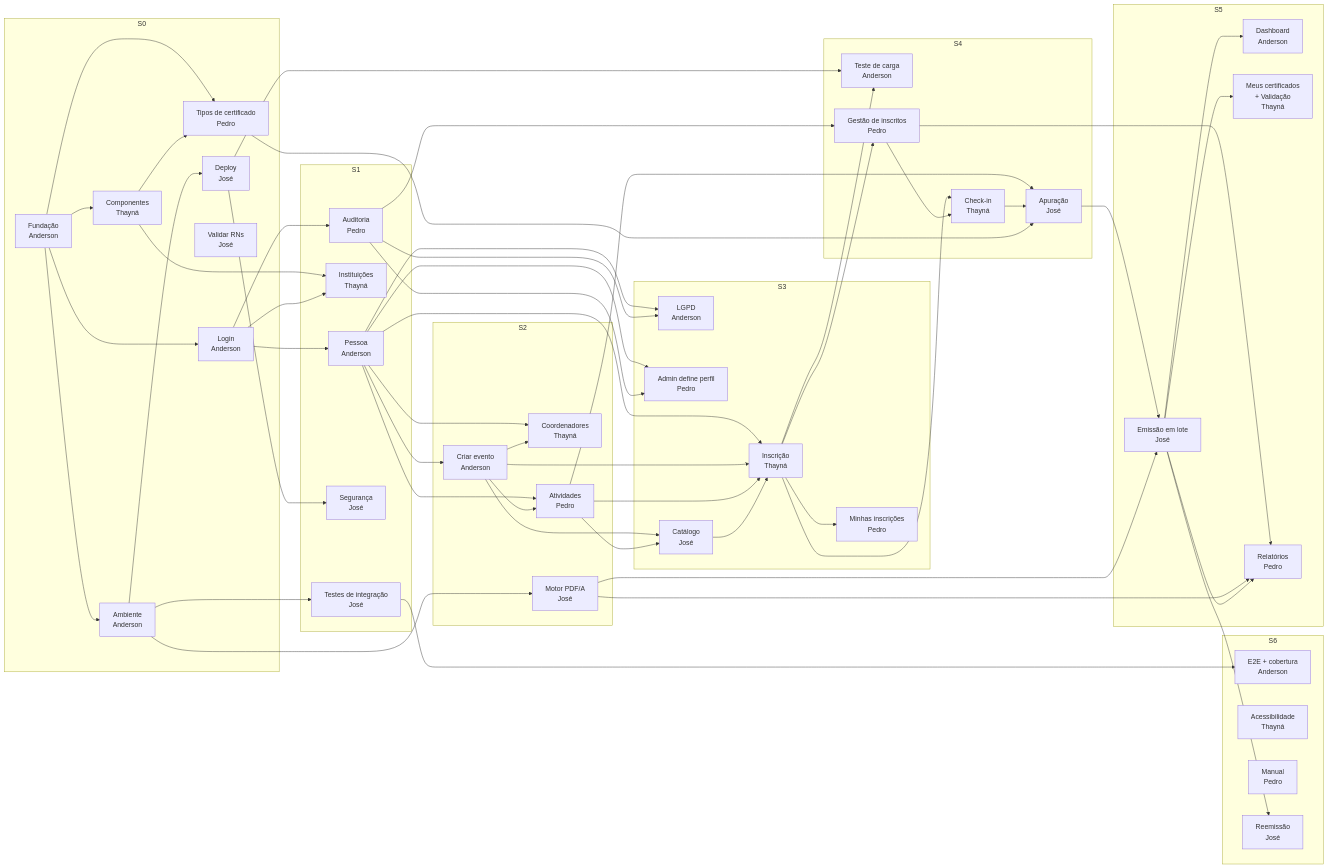
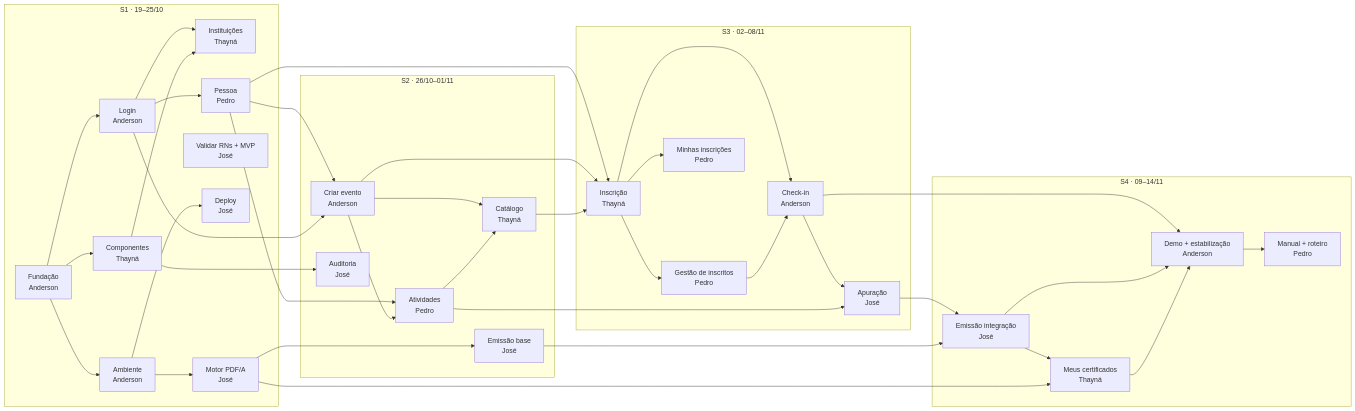
The diagram in docs/08-dependencias.md (AndersonGabrielBD/Gestor_de_eventos), drawn with Mermaid before and after one commit. The commit also changed other lines of this file and 11 other files, not shown here.

````diff
--- a/docs/08-dependencias.md
+++ b/docs/08-dependencias.md
@@ -27,69 +28,58 @@
 ```mermaid
 flowchart LR
-    subgraph S0
+    subgraph S1["S1 · 19–25/10"]
         F[Fundação<br/>Anderson]
         AMB[Ambiente<br/>Anderson]
         LOG[Login<br/>Anderson]
         COMP[Componentes<br/>Thayná]
-        TIP[Tipos de certificado<br/>Pedro]
-        VAL[Validar RNs<br/>José]
+        INST[Instituições<br/>Thayná]
+        PES[Pessoa<br/>Pedro]
+        VAL[Validar RNs + MVP<br/>José]
         DEP[Deploy<br/>José]
-    end
-    subgraph S1
-        PES[Pessoa<br/>Anderson]
-        INST[Instituições<br/>Thayná]
-        AUD[Auditoria<br/>Pedro]
-        SEG[Segurança<br/>José]
-        TINT[Testes de integração<br/>José]
-    end
-    subgraph S2
-        EVT[Criar evento<br/>Anderson]
-        COO[Coordenadores<br/>Thayná]
-        ATV[Atividades<br/>Pedro]
         MOT[Motor PDF/A<br/>José]
     end
-    subgraph S3
-        LGPD[LGPD<br/>Anderson]
+    subgraph S2["S2 · 26/10–01/11"]
+        EVT[Criar evento<br/>Anderson]
+        CAT[Catálogo<br/>Thayná]
+        ATV[Atividades<br/>Pedro]
+        AUD[Auditoria<br/>José]
+        EMI[Emissão base<br/>José]
+    end
+    subgraph S3["S3 · 02–08/11"]
+        CHK[Check-in<br/>Anderson]
         INS[Inscrição<br/>Thayná]
+        GES[Gestão de inscritos<br/>Pedro]
         MIN[Minhas inscrições<br/>Pedro]
-        PERF[Admin define perfil<br/>Pedro]
-        CAT[Catálogo<br/>José]
-    end
-    subgraph S4
-        CARGA[Teste de carga<br/>Anderson]
-        CHK[Check-in<br/>Thayná]
-        GES[Gestão de inscritos<br/>Pedro]
         APU[Apuração<br/>José]
     end
-    subgraph S5
-        DASH[Dashboard<br/>Anderson]
-        MEU[Meus certificados<br/>+ Validação<br/>Thayná]
-        REL[Relatórios<br/>Pedro]
-        EMI[Emissão em lote<br/>José]
-    end
-    subgraph S6
-        E2E[E2E + cobertura<br/>Anderson]
-        A11Y[Acessibilidade<br/>Thayná]
-        MAN[Manual<br/>Pedro]
-        REE[Reemissão<br/>José]
+    subgraph S4["S4 · 09–14/11"]
+        DEMO[Demo + estabilização<br/>Anderson]
+        CERT[Meus certificados<br/>Thayná]
+        MAN[Manual + roteiro<br/>Pedro]
+        INT[Emissão integração<br/>José]
     end
 
-    F --> AMB & LOG & COMP & TIP
-    AMB --> DEP & TINT & MOT
-    DEP --> SEG & CARGA
-    COMP --> TIP & INST
-    LOG --> PES & INST & AUD
-    PES --> EVT & COO & ATV & INS & LGPD & PERF
-    AUD --> LGPD & PERF & GES
-    EVT --> COO & ATV & CAT & INS
-    ATV --> CAT & INS & APU
+    F --> AMB & LOG & COMP
+    AMB --> DEP & MOT
+    LOG --> PES & INST
+    COMP --> INST
+    PES --> EVT & ATV
+    LOG --> EVT
+    EVT --> ATV & CAT
+    ATV --> CAT
+    MOT --> EMI
+    COMP --> AUD
+    PES --> INS
+    EVT --> INS
     CAT --> INS
-    INS --> MIN & GES & CHK & CARGA
-    GES --> CHK & REL
+    INS --> GES & MIN & CHK
+    GES --> CHK
     CHK --> APU
-    TIP --> APU
-    APU --> EMI
-    MOT --> EMI & REL
-    EMI --> MEU & REL & DASH & REE
-    TINT --> E2E
+    ATV --> APU
+    APU --> INT
+    EMI --> INT
+    INT --> CERT
+    MOT --> CERT
+    CHK & INT & CERT --> DEMO
+    DEMO --> MAN
 ```
````
